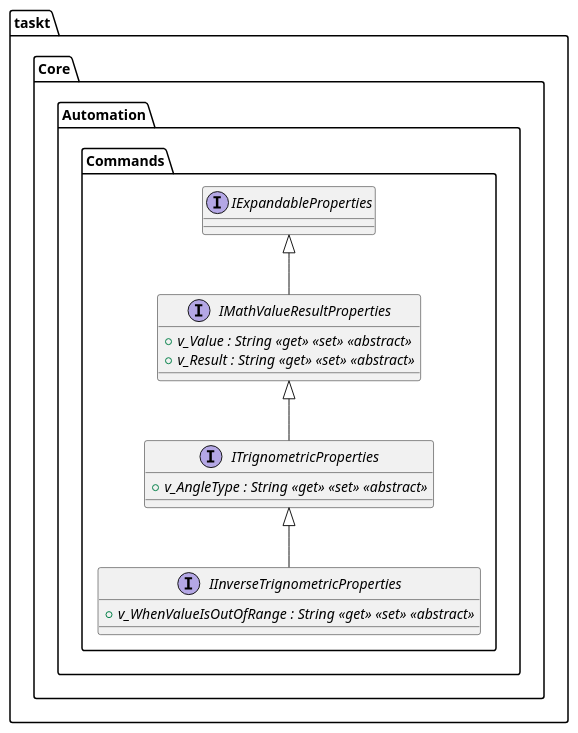
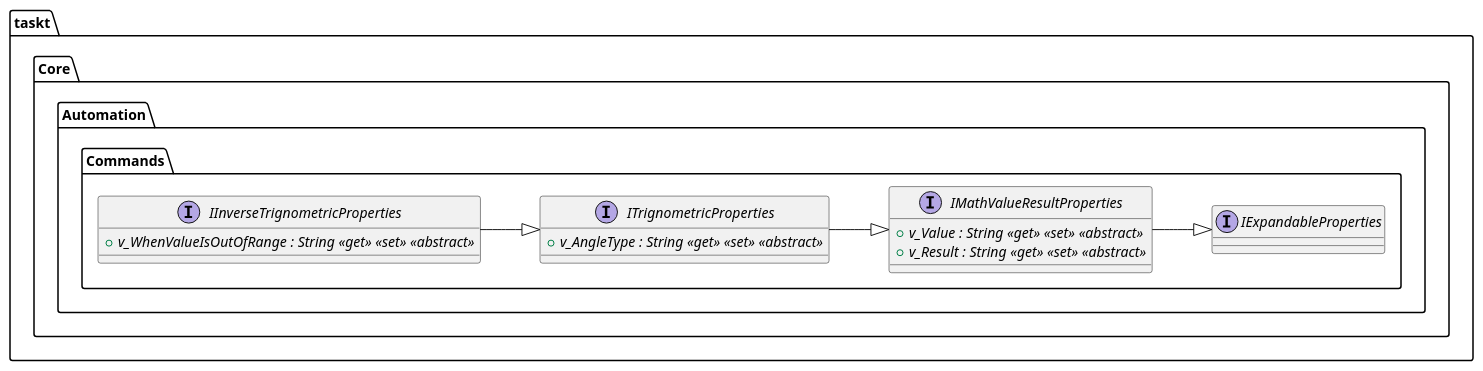
The diagram in taskt/Core/Automation/Commands/MathGroup/IInverseTrignometricProperties.puml (saucepleez/taskt), drawn with PlantUML before and after one commit. The commit also changed 1201 other files, not shown here.

```diff
--- a/taskt/Core/Automation/Commands/MathGroup/IInverseTrignometricProperties.puml
+++ b/taskt/Core/Automation/Commands/MathGroup/IInverseTrignometricProperties.puml
@@ -1,30 +1,30 @@
 @startuml
+left to right direction
 package "taskt.Core.Automation.Commands"{
 Interface "IInverseTrignometricProperties" {
 +{abstract} v_WhenValueIsOutOfRange : String <<get>> <<set>> <<abstract>> 
 }
 }
 
 package "taskt.Core.Automation.Commands"{
 Interface "ITrignometricProperties" {
 +{abstract} v_AngleType : String <<get>> <<set>> <<abstract>> 
 }
 }
 
 package "taskt.Core.Automation.Commands"{
 Interface "IMathValueResultProperties" {
 +{abstract} v_Value : String <<get>> <<set>> <<abstract>> 
 +{abstract} v_Result : String <<get>> <<set>> <<abstract>> 
 }
 }
 
 package "taskt.Core.Automation.Commands"{
 Interface "IExpandableProperties" {
 }
 }
 
-
-taskt.Core.Automation.Commands.ITrignometricProperties <|-- taskt.Core.Automation.Commands.IInverseTrignometricProperties
-taskt.Core.Automation.Commands.IMathValueResultProperties <|-- taskt.Core.Automation.Commands.ITrignometricProperties
-taskt.Core.Automation.Commands.IExpandableProperties <|-- taskt.Core.Automation.Commands.IMathValueResultProperties
+taskt.Core.Automation.Commands.IInverseTrignometricProperties --|> taskt.Core.Automation.Commands.ITrignometricProperties
+taskt.Core.Automation.Commands.ITrignometricProperties --|> taskt.Core.Automation.Commands.IMathValueResultProperties
+taskt.Core.Automation.Commands.IMathValueResultProperties --|> taskt.Core.Automation.Commands.IExpandableProperties
 @enduml
```
